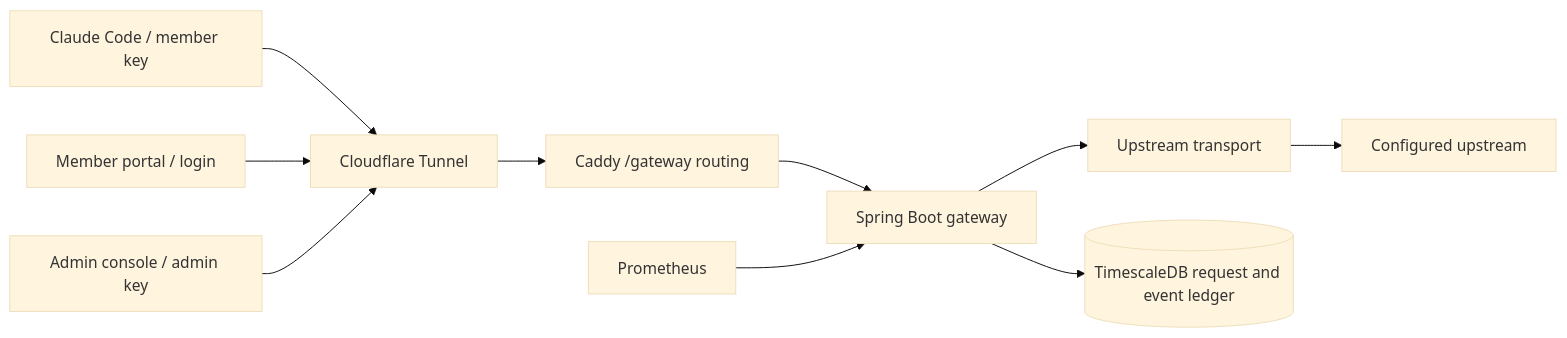
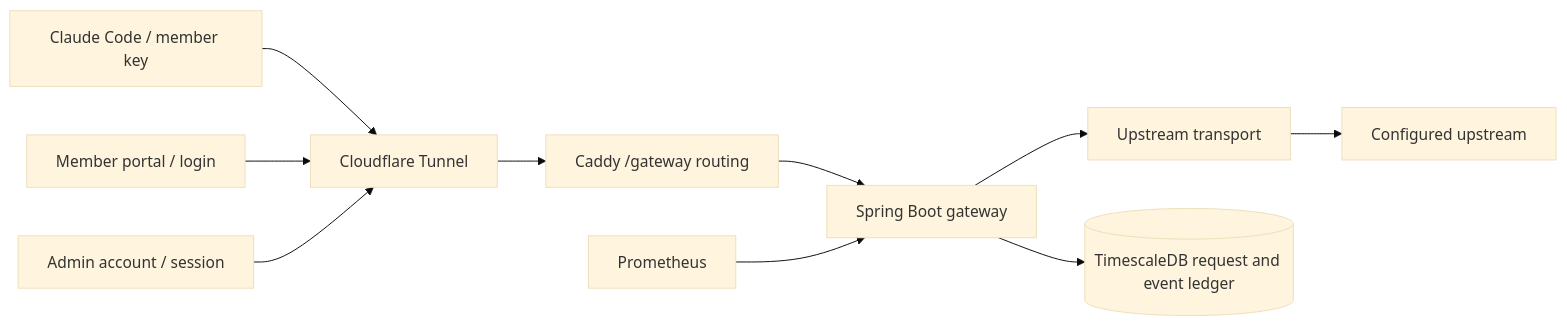
Before and after one commit to vimalkryadav/subscription-meter: the diagram in README.md, drawn with Mermaid (base theme). The commit also changed other lines of this file and 19 other files, not shown here.

Commit message:
Use owner account sessions for sole-admin access and verify live rejection handling

````diff
--- a/README.md
+++ b/README.md
@@ -9,12 +9,12 @@
 ```mermaid
 flowchart LR
     C[Claude Code / member key] --> T[Cloudflare Tunnel]
     T --> E[Caddy /gateway routing]
     E --> G[Spring Boot gateway]
     G --> U[Upstream transport]
     U --> A[Configured upstream]
     G --> D[(TimescaleDB request and event ledger)]
     P[Prometheus] --> G
     B[Member portal / login] --> T
-    M[Admin console / admin key] --> T
+    M[Admin account / session] --> T
 ```
````
